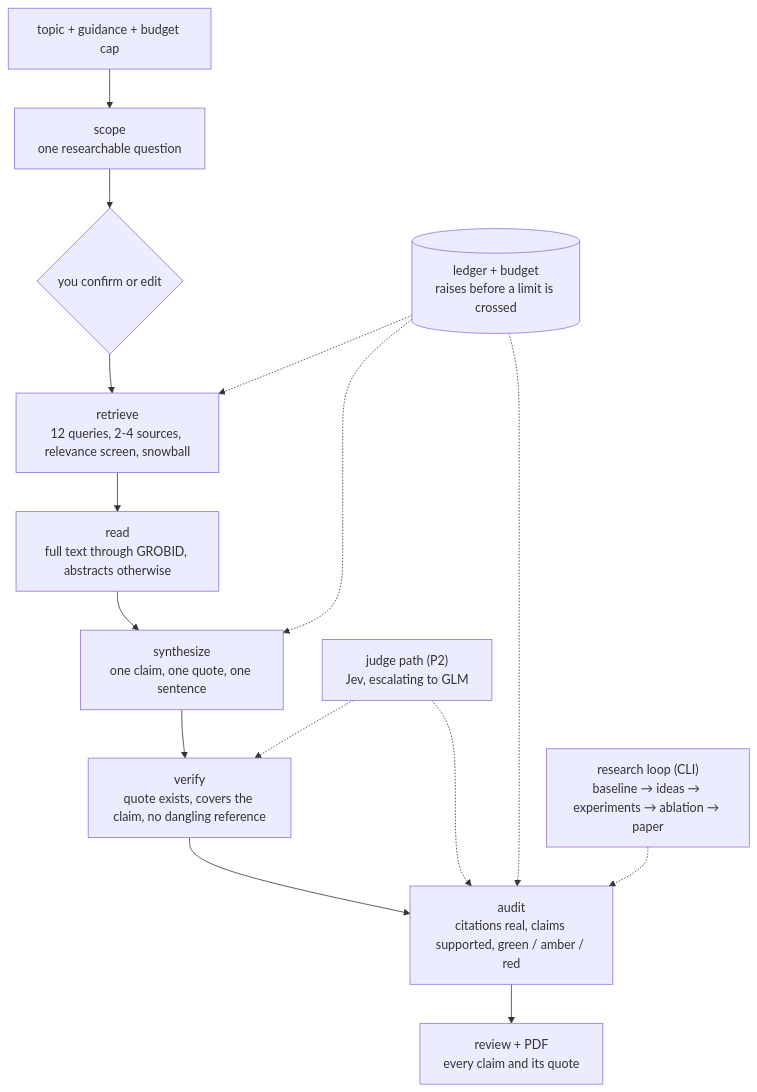
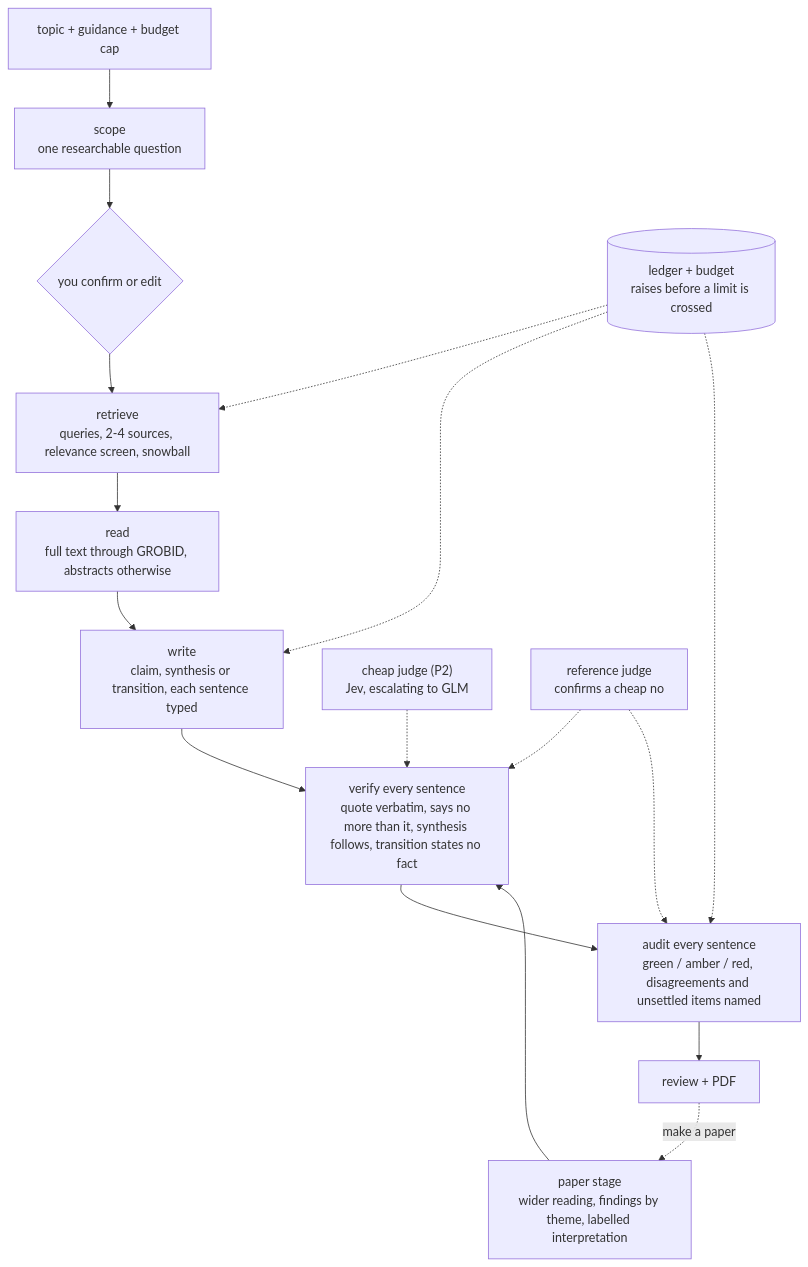
One commit to PCSchmidt/VERA changed the diagram in README.md. Above: the diagram before and after it, drawn with Mermaid. The commit also changed other lines of this file and 33 other files, not shown here.

````diff
--- a/README.md
+++ b/README.md
@@ -83,17 +91,19 @@
 ```mermaid
 flowchart TD
     T["topic + guidance + budget cap"] --> SC["scope<br>one researchable question"]
     SC --> CF{"you confirm or edit"}
-    CF --> RT["retrieve<br>12 queries, 2-4 sources, relevance screen, snowball"]
+    CF --> RT["retrieve<br>queries, 2-4 sources, relevance screen, snowball"]
     RT --> RD["read<br>full text through GROBID, abstracts otherwise"]
-    RD --> SY["synthesize<br>one claim, one quote, one sentence"]
-    SY --> VF["verify<br>quote exists, covers the claim, no dangling reference"]
-    VF --> AU["audit<br>citations real, claims supported, green / amber / red"]
-    AU --> OUT["review + PDF<br>every claim and its quote"]
-    J["judge path (P2)<br>Jev, escalating to GLM"] -.-> VF
-    J -.-> AU
+    RD --> SY["write<br>claim, synthesis or transition, each sentence typed"]
+    SY --> VF["verify every sentence<br>quote verbatim, says no more than it, synthesis follows, transition states no fact"]
+    VF --> AU["audit every sentence<br>green / amber / red, disagreements and unsettled items named"]
+    AU --> OUT["review + PDF"]
+    OUT -. "make a paper" .-> PA["paper stage<br>wider reading, findings by theme, labelled interpretation"]
+    PA --> VF
+    J["cheap judge (P2)<br>Jev, escalating to GLM"] -.-> VF
+    R["reference judge<br>confirms a cheap no"] -.-> VF
+    R -.-> AU
     L[("ledger + budget<br>raises before a limit is crossed")] -.-> RT
     L -.-> SY
     L -.-> AU
-    LOOP["research loop (CLI)<br>baseline → ideas → experiments → ablation → paper"] -.-> AU
 ```
````
